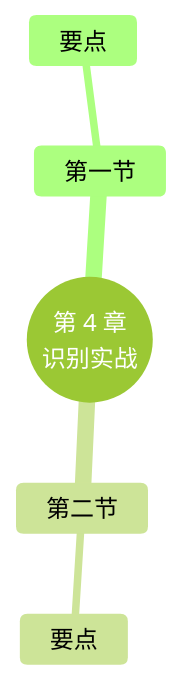
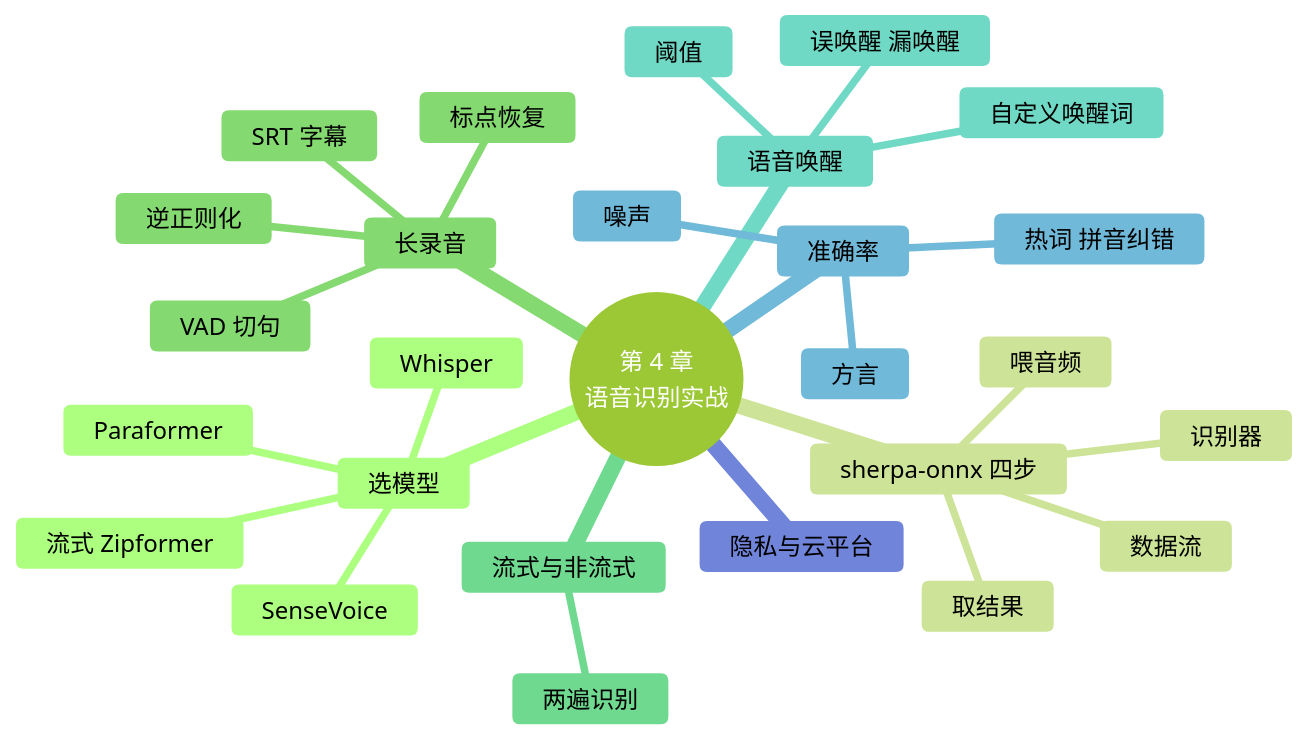
One commit to MingziFu9/speech-textbook changed the diagram in docs/chapters/04-asr-practice/index.md. Above: the diagram before and after it, drawn with Mermaid (forest theme). The commit also changed other lines of this file and 25 other files, not shown here.

First line of the commit message:
第 4 章 语音识别实战：正文、4 个实验（三模型对比、VAD 字幕、自定义唤醒词、噪声与热词，实测）、VAD 动画、13 个术语、20 题；流式模型换成支持热词的 14M Zipformer；参考文献重新编号工具

````diff
--- a/docs/chapters/04-asr-practice/index.md
+++ b/docs/chapters/04-asr-practice/index.md
@@ -227,8 +938,30 @@
 ```mermaid
 mindmap
-  root((第 4 章<br/>识别实战))
-    第一节
-      要点
-    第二节
-      要点
+  root((第 4 章<br/>语音识别实战))
+    选模型
+      SenseVoice
+      Paraformer
+      Whisper
+      流式 Zipformer
+    sherpa-onnx 四步
+      识别器
+      数据流
+      喂音频
+      取结果
+    长录音
+      VAD 切句
+      标点恢复
+      逆正则化
+      SRT 字幕
+    流式与非流式
+      两遍识别
+    语音唤醒
+      自定义唤醒词
+      误唤醒 漏唤醒
+      阈值
+    准确率
+      噪声
+      方言
+      热词 拼音纠错
+    隐私与云平台
 ```
````
